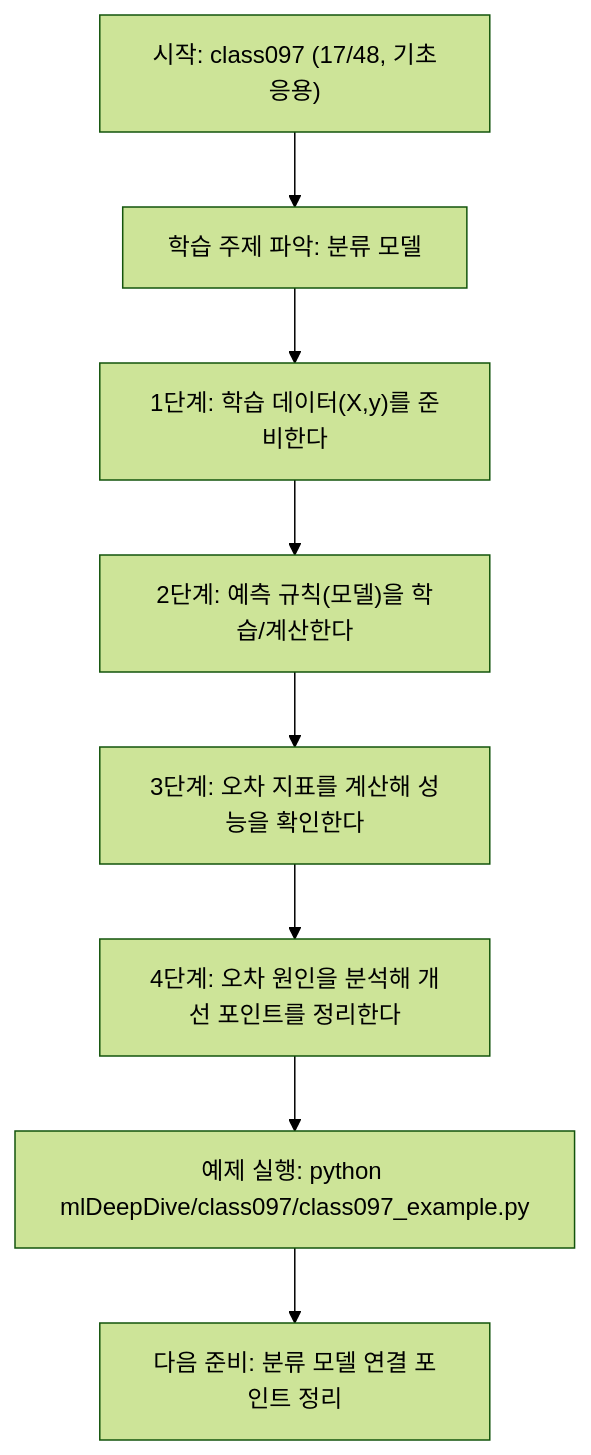
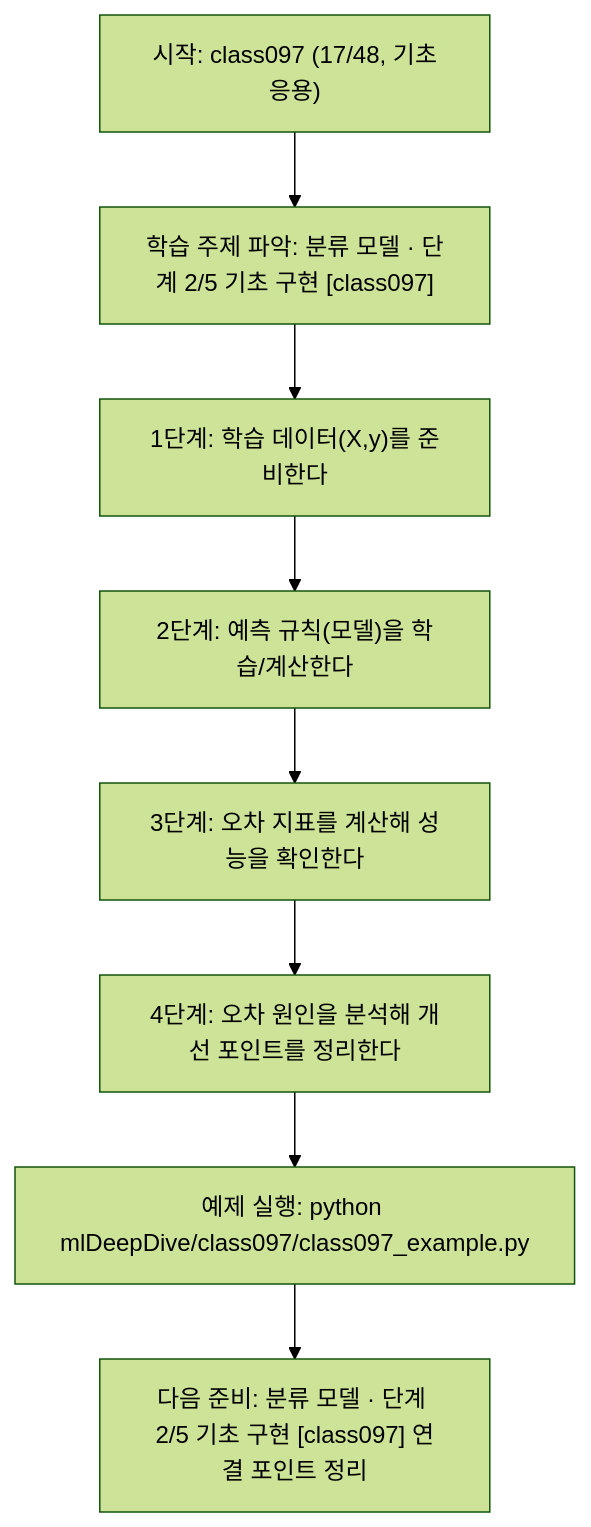
One commit to edumgt/Python-AI_Agent-Class changed the diagram in mlDeepDive/class097/class097.md. Above: the diagram before and after it, drawn with Mermaid (forest theme). The commit also changed other lines of this file and 522 other files, not shown here.

````diff
--- a/mlDeepDive/class097/class097.md
+++ b/mlDeepDive/class097/class097.md
@@ -108,18 +109,18 @@
 ```mermaid
 flowchart TD
 N1["시작: class097 (17/48, 기초응용)"]
-N2["학습 주제 파악: 분류 모델"]
+N2["학습 주제 파악: 분류 모델 · 단계 2/5 기초 구현 [class097]"]
 N3["1단계: 학습 데이터(X,y)를 준비한다"]
 N4["2단계: 예측 규칙(모델)을 학습/계산한다"]
 N5["3단계: 오차 지표를 계산해 성능을 확인한다"]
 N6["4단계: 오차 원인을 분석해 개선 포인트를 정리한다"]
 N7["예제 실행: python mlDeepDive/class097/class097_example.py"]
-N8["다음 준비: 분류 모델 연결 포인트 정리"]
+N8["다음 준비: 분류 모델 · 단계 2/5 기초 구현 [class097] 연결 포인트 정리"]
 N1 --> N2
 N2 --> N3
 N3 --> N4
 N4 --> N5
 N5 --> N6
 N6 --> N7
 N7 --> N8
 ```
````
